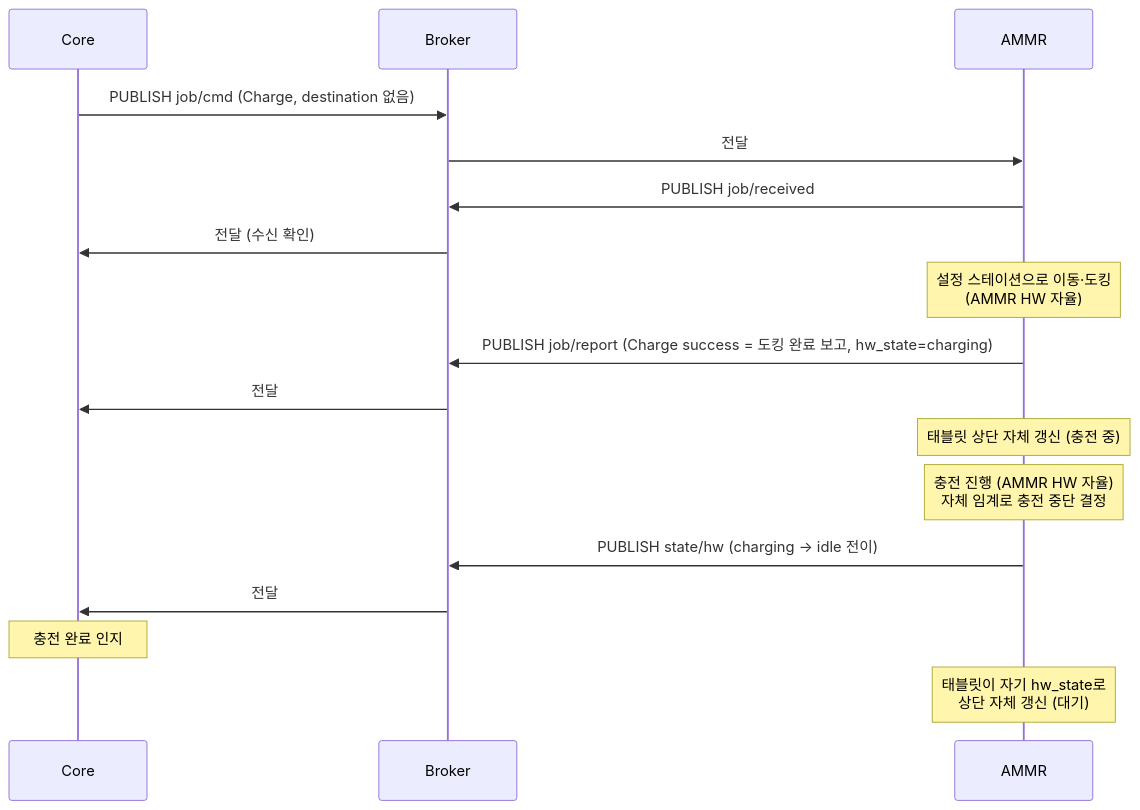
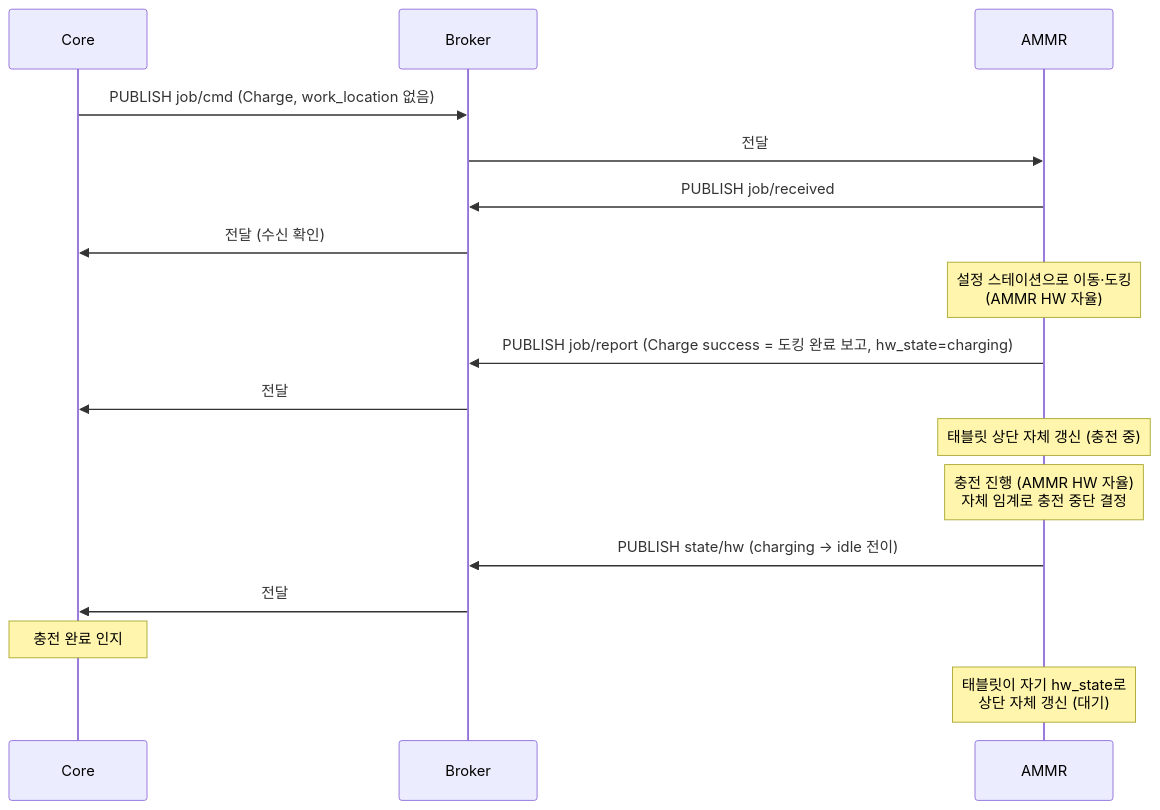
One commit to kimminsu0315/Core-Docs changed the eighth of 13 diagrams in docs/out/Core_ICD_AMMR.md. Above: the diagram before and after it, drawn with Mermaid. The commit also changed other lines of this file and 3 other files, not shown here.

````diff
--- a/docs/out/Core_ICD_AMMR.md
+++ b/docs/out/Core_ICD_AMMR.md
@@ -947,21 +1052,21 @@
 ```mermaid
 sequenceDiagram
     participant C as Core
     participant B as Broker
     participant A as AMMR
 
-    C->>B: PUBLISH job/cmd (Charge, destination 없음)
+    C->>B: PUBLISH job/cmd (Charge, work_location 없음)
     B->>A: 전달
     A->>B: PUBLISH job/received
     B->>C: 전달 (수신 확인)
     Note over A: 설정 스테이션으로 이동·도킹<br/>(AMMR HW 자율)
     A->>B: PUBLISH job/report (Charge success = 도킹 완료 보고, hw_state=charging)
     B->>C: 전달
     Note over A: 태블릿 상단 자체 갱신 (충전 중)
 
     Note over A: 충전 진행 (AMMR HW 자율)<br/>자체 임계로 충전 중단 결정
     A->>B: PUBLISH state/hw (charging → idle 전이)
     B->>C: 전달
     Note over C: 충전 완료 인지
     Note over A: 태블릿이 자기 hw_state로<br/>상단 자체 갱신 (대기)
 ```
````
